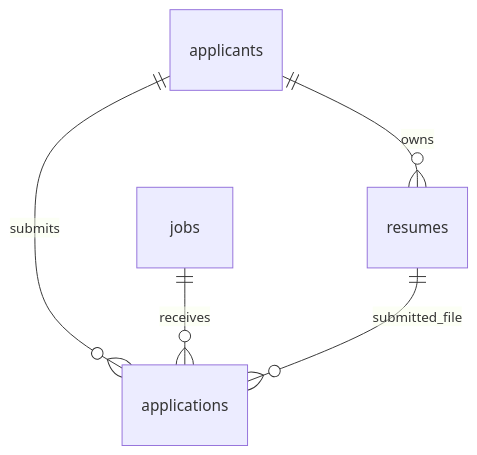
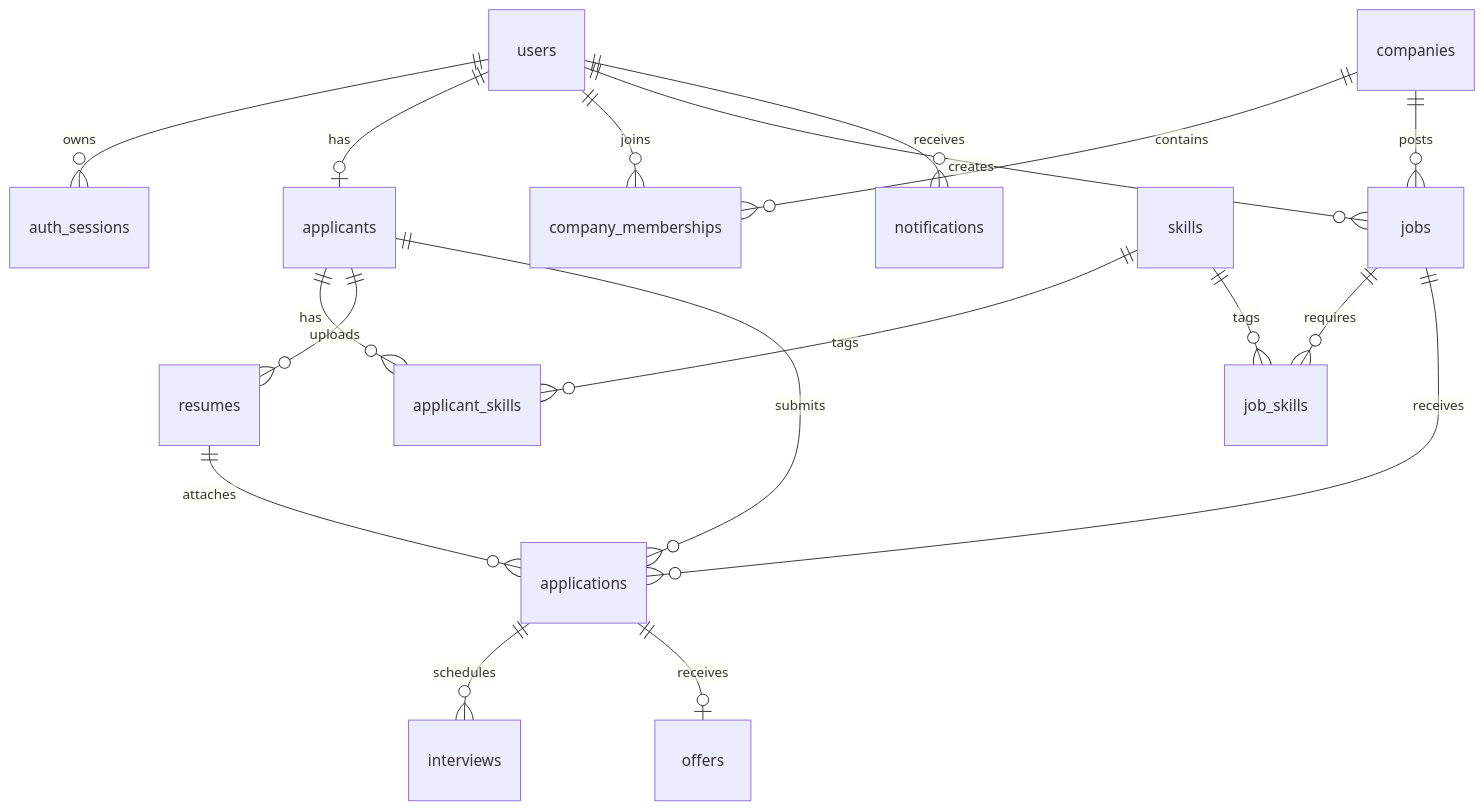
The diagram in docs/database/ERD.md (xmongng/job_portal), drawn with Mermaid before and after one commit. The commit also changed other lines of this file and 29 other files, not shown here.

Commit message:
refactor: simplify backend database schema

````diff
--- a/docs/database/ERD.md
+++ b/docs/database/ERD.md
@@ -35,7 +15,20 @@
 ```mermaid
 erDiagram
-  applicants ||--o{ resumes : owns
+  users ||--o{ auth_sessions : owns
+  users ||--o| applicants : has
+  users ||--o{ company_memberships : joins
+  companies ||--o{ company_memberships : contains
+  companies ||--o{ jobs : posts
+  users ||--o{ jobs : creates
+  applicants ||--o{ applicant_skills : has
+  skills ||--o{ applicant_skills : tags
+  jobs ||--o{ job_skills : requires
+  skills ||--o{ job_skills : tags
+  applicants ||--o{ resumes : uploads
   applicants ||--o{ applications : submits
   jobs ||--o{ applications : receives
-  resumes ||--o{ applications : submitted_file
+  resumes ||--o{ applications : attaches
+  applications ||--o{ interviews : schedules
+  applications ||--o| offers : receives
+  users ||--o{ notifications : receives
 ```
````
